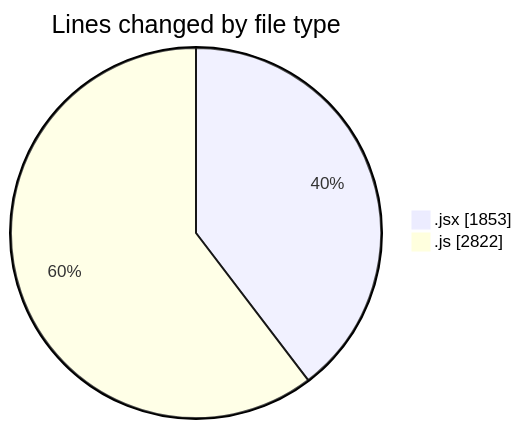
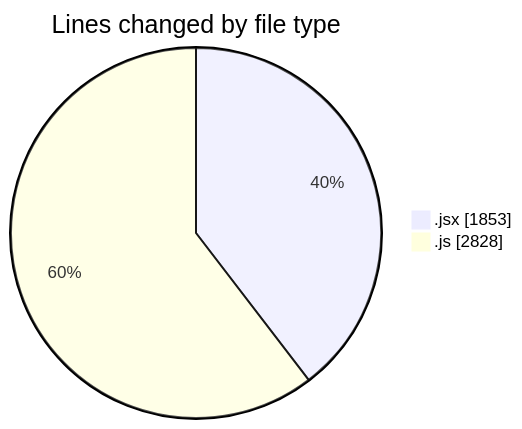
The first of 2 diagrams in 2025-11-07/nxtqube_webapp/README.md (nxtqubesakshisongat/code-tracking), drawn with Mermaid before and after one commit. The commit also changed other lines of this file and 1 other file, not shown here.

````diff
--- a/2025-11-07/nxtqube_webapp/README.md
+++ b/2025-11-07/nxtqube_webapp/README.md
@@ -27,6 +27,6 @@
 ```mermaid
 pie showData
 title Lines changed by file type
 ".jsx" : 1853
-".js" : 2822
+".js" : 2828
 ```
````
